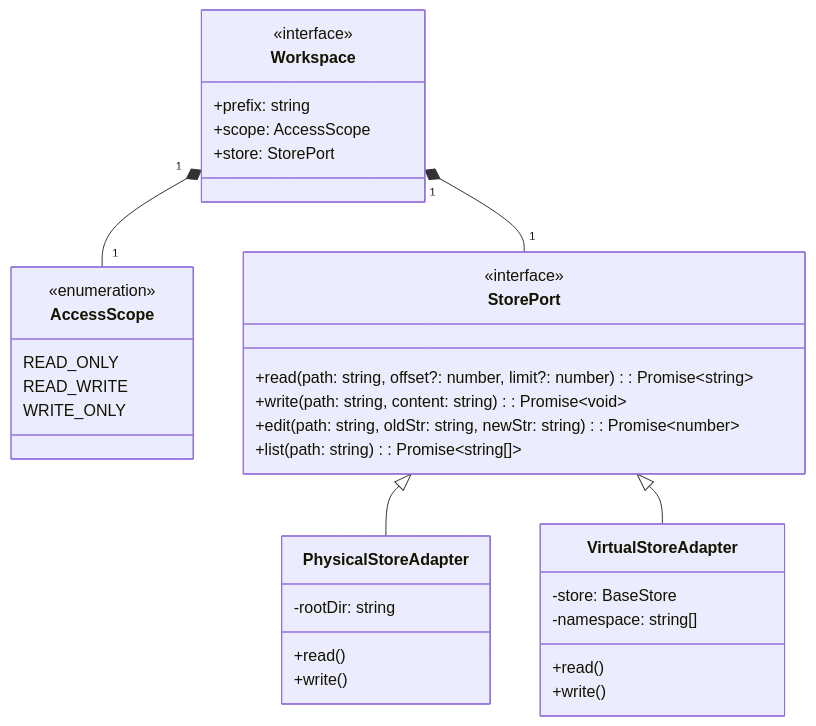
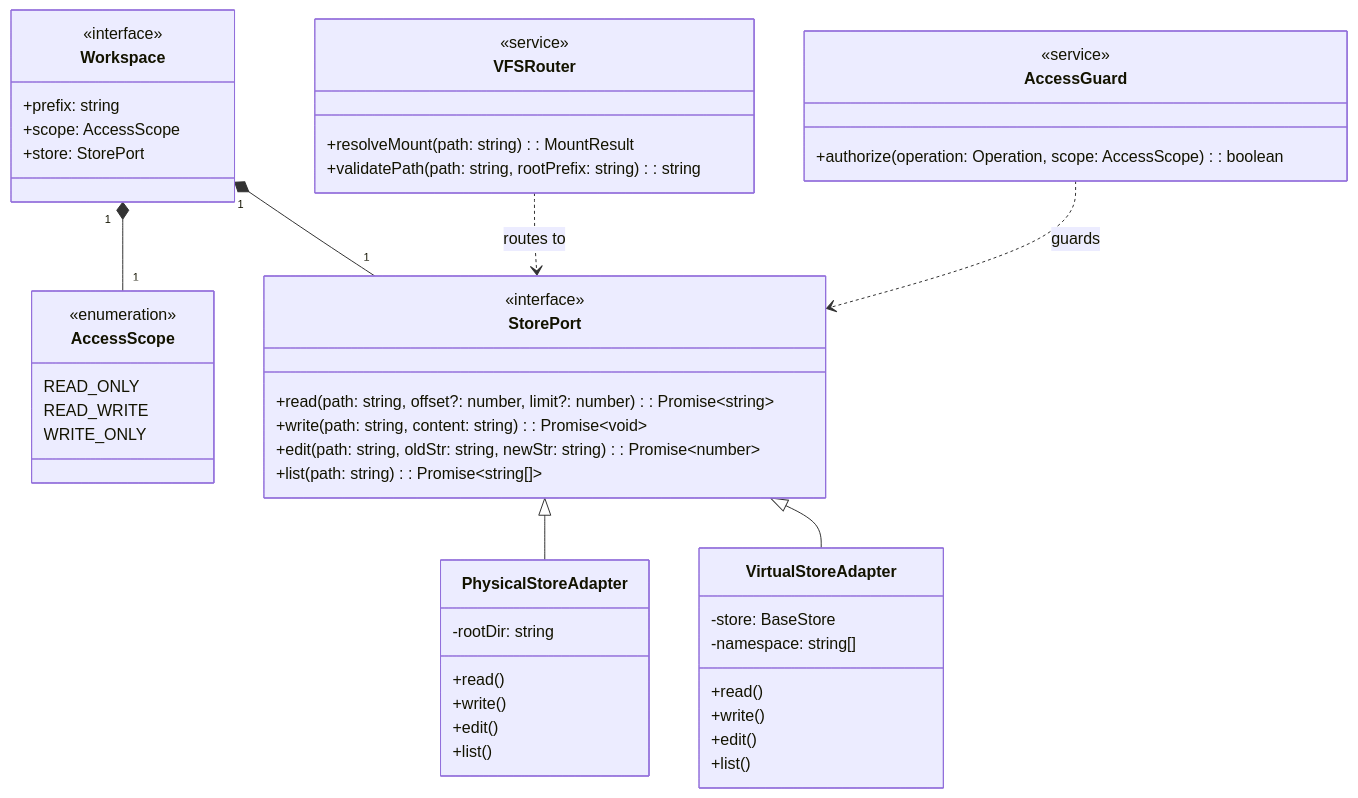
One commit to SkrOYC/langchain-middlewares-callbacks-ts changed the diagram in packages/workspaces-middleware/docs/TechSpec.md. Above: the diagram before and after it, drawn with Mermaid. The commit also changed other lines of this file, not shown here.

````diff
--- a/packages/workspaces-middleware/docs/TechSpec.md
+++ b/packages/workspaces-middleware/docs/TechSpec.md
@@ -21,44 +23,61 @@
 ```mermaid
 classDiagram
     direction TB
 
     class AccessScope {
         <<enumeration>>
         READ_ONLY
         READ_WRITE
         WRITE_ONLY
     }
 
     class Workspace {
         <<interface>>
         +prefix: string
         +scope: AccessScope
         +store: StorePort
     }
 
     class StorePort {
         <<interface>>
         +read(path: string, offset?: number, limit?: number): Promise~string~
         +write(path: string, content: string): Promise~void~
         +edit(path: string, oldStr: string, newStr: string): Promise~number~
         +list(path: string): Promise~string[]~
     }
 
+    class VFSRouter {
+        <<service>>
+        +resolveMount(path: string): MountResult
+        +validatePath(path: string, rootPrefix: string): string
+    }
+
+    class AccessGuard {
+        <<service>>
+        +authorize(operation: Operation, scope: AccessScope): boolean
+    }
+
     class PhysicalStoreAdapter {
         -rootDir: string
         +read()
         +write()
+        +edit()
+        +list()
     }
 
     class VirtualStoreAdapter {
         -store: BaseStore
         -namespace: string[]
         +read()
         +write()
+        +edit()
+        +list()
     }
 
     Workspace "1" *-- "1" AccessScope
     Workspace "1" *-- "1" StorePort
+    VFSRouter ..> StorePort : routes to
+    AccessGuard ..> StorePort : guards
     StorePort <|-- PhysicalStoreAdapter
     StorePort <|-- VirtualStoreAdapter
 ```
````
